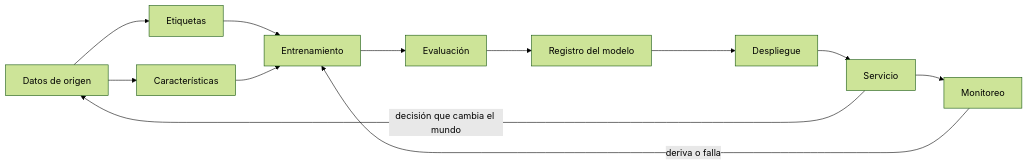
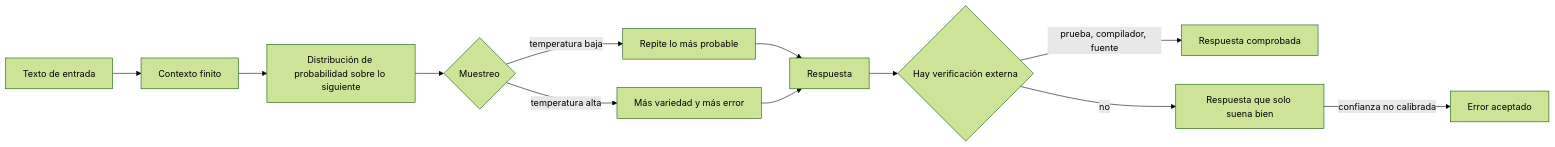
Before and after one commit to vladimiracunadev-create/modern-software-engineering-program: the diagram in content/part-46/SE-553.md, drawn with Mermaid (forest theme). The commit also changed other lines of this file and 5193 other files, not shown here.

````diff
--- a/content/part-46/SE-553.md
+++ b/content/part-46/SE-553.md
@@ -58,14 +57,14 @@
 ```mermaid
 flowchart LR
-    A[Datos de origen] --> B[Etiquetas]
-    A --> C[Características]
-    B --> D[Entrenamiento]
-    C --> D
-    D --> E[Evaluación]
-    E --> F[Registro del modelo]
-    F --> G[Despliegue]
-    G --> H[Servicio]
-    H --> I[Monitoreo]
-    I -->|deriva o falla| D
-    H -->|decisión que cambia el mundo| A
+    A[Texto de entrada] --> B[Contexto finito]
+    B --> C[Distribución de probabilidad sobre lo siguiente]
+    C --> D{Muestreo}
+    D -->|temperatura baja| E[Repite lo más probable]
+    D -->|temperatura alta| F[Más variedad y más error]
+    E --> G[Respuesta]
+    F --> G
+    G --> H{Hay verificación externa}
+    H -->|prueba, compilador, fuente| I[Respuesta comprobada]
+    H -->|no| J[Respuesta que solo suena bien]
+    J -->|confianza no calibrada| K[Error aceptado]
 ```
````
